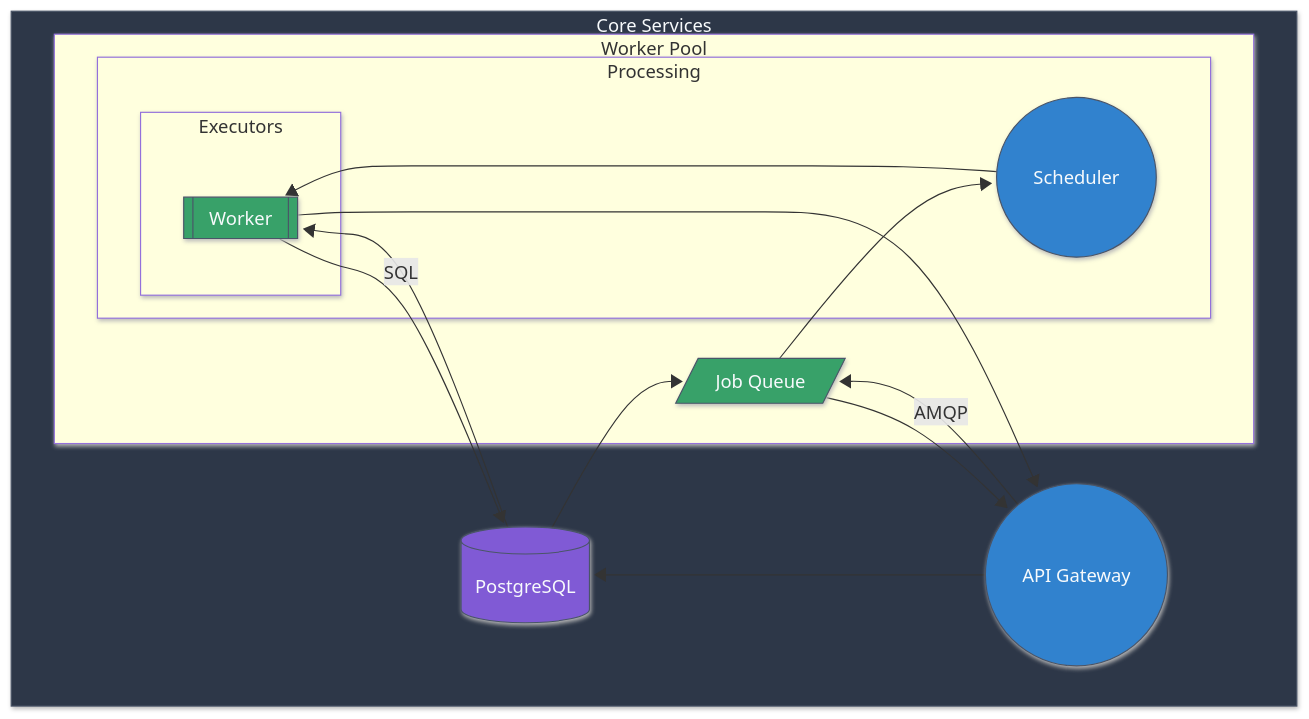
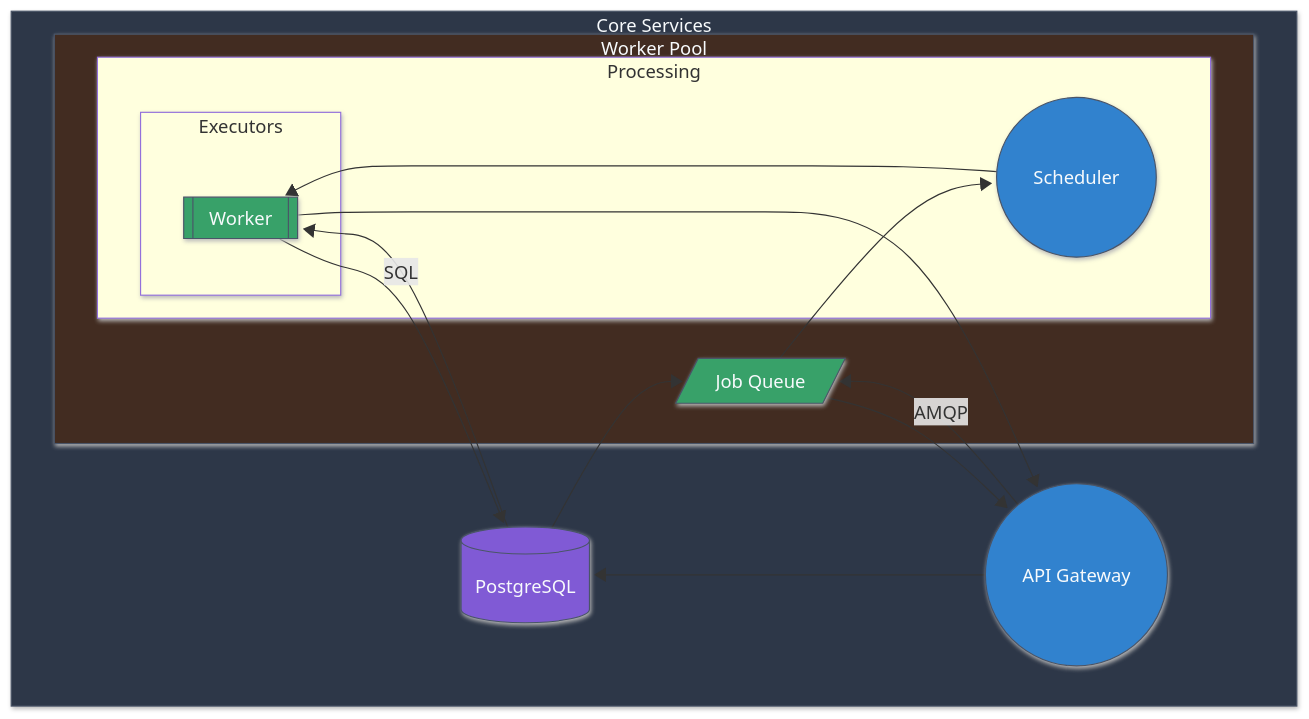
The diagram in docs/job-processing-architecture.md (hallundbaek/archinix), drawn with Mermaid before and after one commit. The commit also changed 6 other files, not shown here.

First line of the commit message:
fix: boundary colours override sequence rect colours

````diff
--- a/docs/job-processing-architecture.md
+++ b/docs/job-processing-architecture.md
@@ -3,47 +3,48 @@
 ```mermaid
 %%{init: {"look":"neo"} }%%
 flowchart TD
 subgraph b_core["Core Services"]
 db[("PostgreSQL")]
 gateway(("API Gateway"))
 subgraph b_core_workers["Worker Pool"]
 subgraph b_core_workers_processing["Processing"]
 subgraph b_core_workers_processing_executors["Executors"]
 worker[["Worker"]]
 end
 scheduler(("Scheduler"))
 end
 queue[/"Job Queue"/]
 end
 end
 db --> queue
 db --> worker
 gateway --> db
 gateway -->|"AMQP"| queue
 queue --> gateway
 queue --> scheduler
 scheduler --> worker
 worker -->|"SQL"| db
 worker --> gateway
 classDef actor fill:#eef0ff,stroke:#5a67d8,color:#1a202c
 classDef participant fill:#eaf5ff,stroke:#3182ce,color:#1a202c
 classDef boundary fill:#edf2f7,stroke:#4a5568,color:#1a202c
 classDef control fill:#e6fffa,stroke:#319795,color:#1a202c
 classDef entity fill:#fffaf0,stroke:#dd6b20,color:#1a202c
 classDef database fill:#faf5ff,stroke:#805ad5,color:#1a202c
 classDef collections fill:#f0fff4,stroke:#38a169,color:#1a202c
 classDef queue fill:#fff5f5,stroke:#e53e3e,color:#1a202c
 classDef composite fill:#edf2f7,stroke:#4a5568,stroke-width:3px,color:#1a202c
 classDef ancestor fill:#f7fafc,stroke:#718096,stroke-dasharray:5,5,color:#1a202c
 class gateway control
 class queue queue
 class scheduler control
 class worker collections
 class db database
 style db fill:#805ad5,stroke:#4a5568,color:#f7fafc
 style gateway fill:#3182ce,stroke:#4a5568,color:#f7fafc
 style queue fill:#38a169,stroke:#4a5568,color:#f7fafc
 style scheduler fill:#3182ce,stroke:#4a5568,color:#f7fafc
 style worker fill:#38a169,stroke:#4a5568,color:#f7fafc
 style b_core fill:#2D3748,stroke:#4a5568,color:#f7fafc
+style b_core_workers fill:#422C21,stroke:#4a5568,color:#f7fafc
 ```
````
